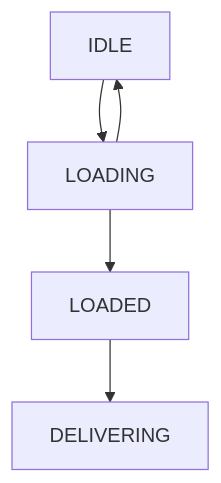
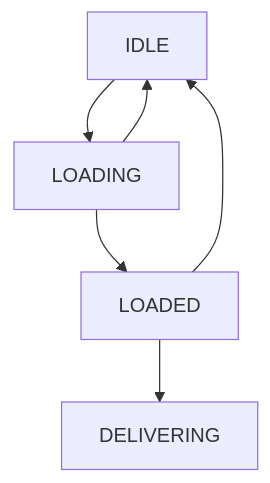
The diagram in README.md (aorlov1234/test), drawn with Mermaid before and after one commit.

````diff
--- a/README.md
+++ b/README.md
@@ -11,7 +11,8 @@
 ```mermaid
 graph TD;
     IDLE-->LOADING;
     LOADING-->LOADED;
     LOADED-->DELIVERING;
+    LOADED-->IDLE;
     LOADING-->IDLE;
 ```
````
